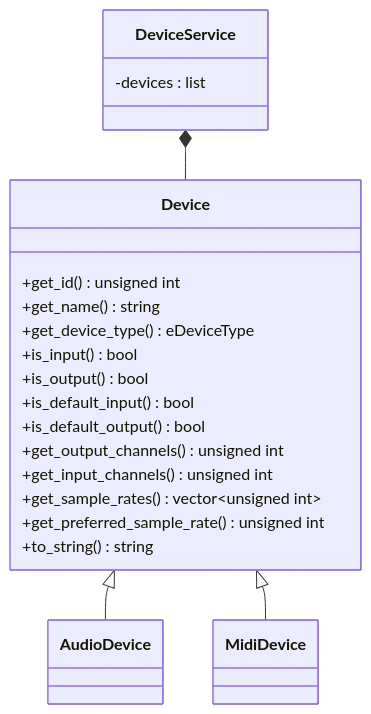
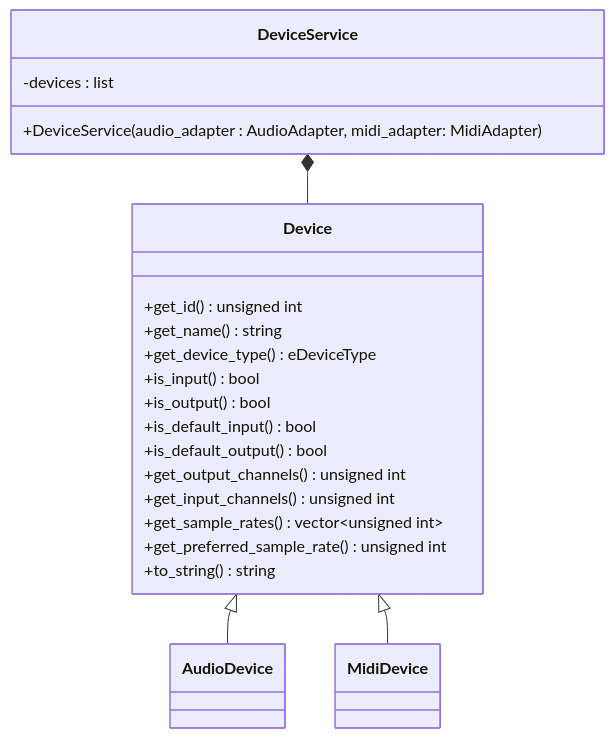
Before and after one commit to aidan-clyens/miniaudioengine: diagram 11 of 21 in docs/DESIGN_DOC.md, drawn with Mermaid. The commit also changed other lines of this file and 1 other file, not shown here.

````diff
--- a/docs/DESIGN_DOC.md
+++ b/docs/DESIGN_DOC.md
@@ -344,34 +384,35 @@
 ```mermaid
 classDiagram
 
     class DeviceService {
         -devices : list<Device>
+        +DeviceService(audio_adapter : AudioAdapter, midi_adapter: MidiAdapter)
     }
 
     class Device {
         +get_id() unsigned int
         +get_name() string
         +get_device_type() eDeviceType
         +is_input() bool
         +is_output() bool
         +is_default_input() bool
         +is_default_output() bool
         +get_output_channels() unsigned int
         +get_input_channels() unsigned int
         +get_sample_rates() vector~unsigned int~
         +get_preferred_sample_rate() unsigned int
         +to_string() string
     }
 
     class AudioDevice {
 
     }
 
     class MidiDevice {
 
     }
 
     DeviceService *-- Device
     Device <|-- AudioDevice
     Device <|-- MidiDevice
 ```
````
